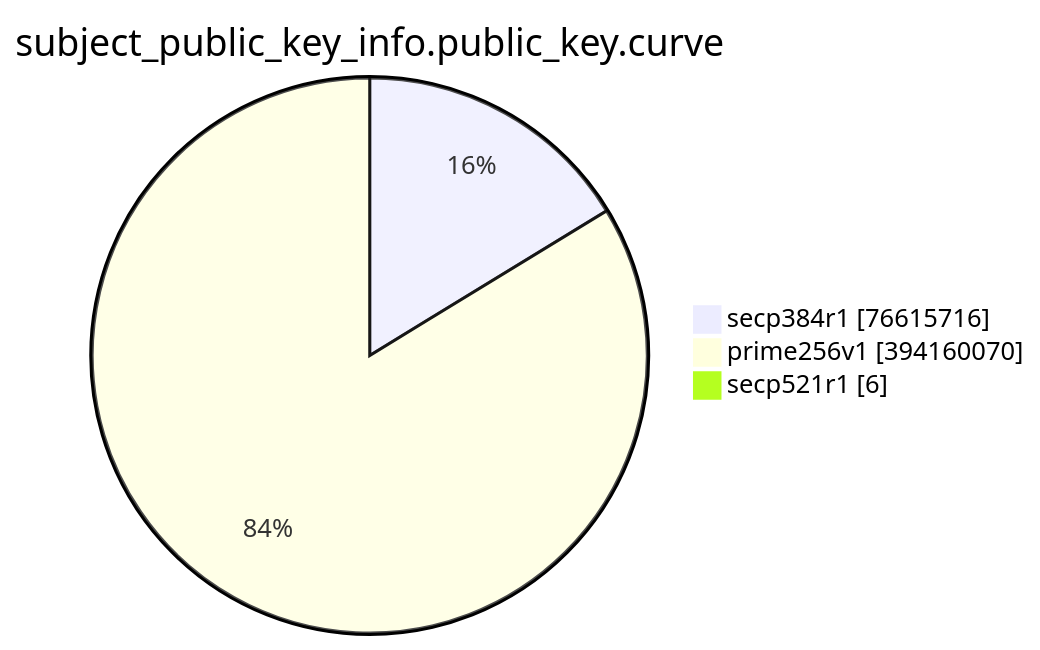
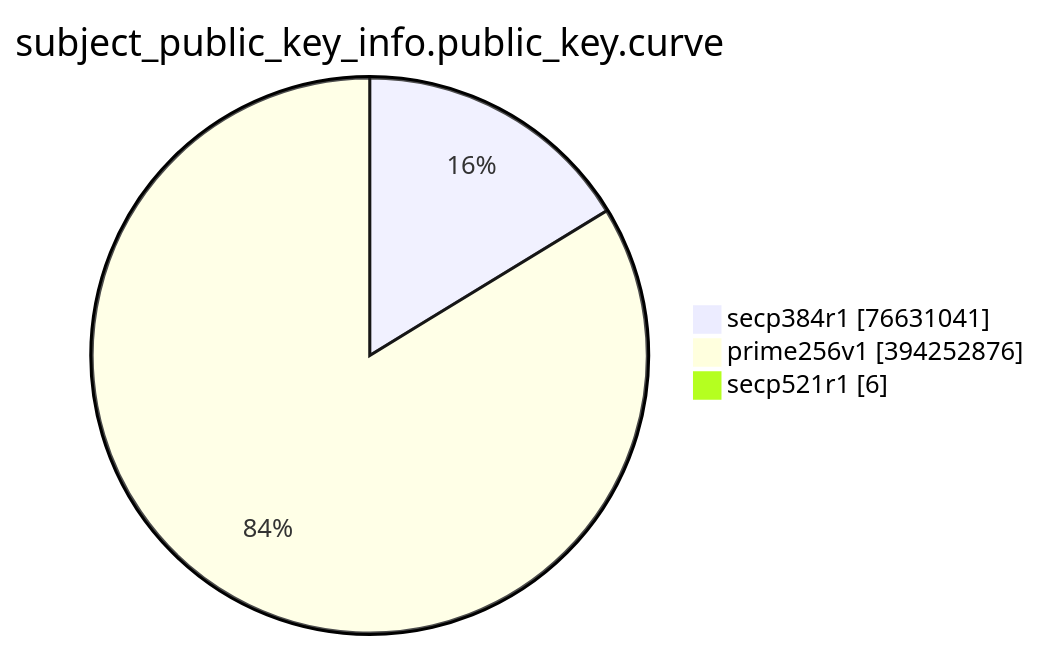
The eighth of 15 diagrams in TOTAL/README.md (christiankrug/ctmonitor_visualization), drawn with Mermaid before and after one commit. The commit also changed other lines of this file, not shown here.

````diff
--- a/TOTAL/README.md
+++ b/TOTAL/README.md
@@ -3094,7 +3094,7 @@
 ```mermaid
 pie showData
 title subject_public_key_info.public_key.curve
-"secp384r1" :76615716
-"prime256v1" :394160070
+"secp384r1" :76631041
+"prime256v1" :394252876
 "secp521r1" :6
 ```
````
